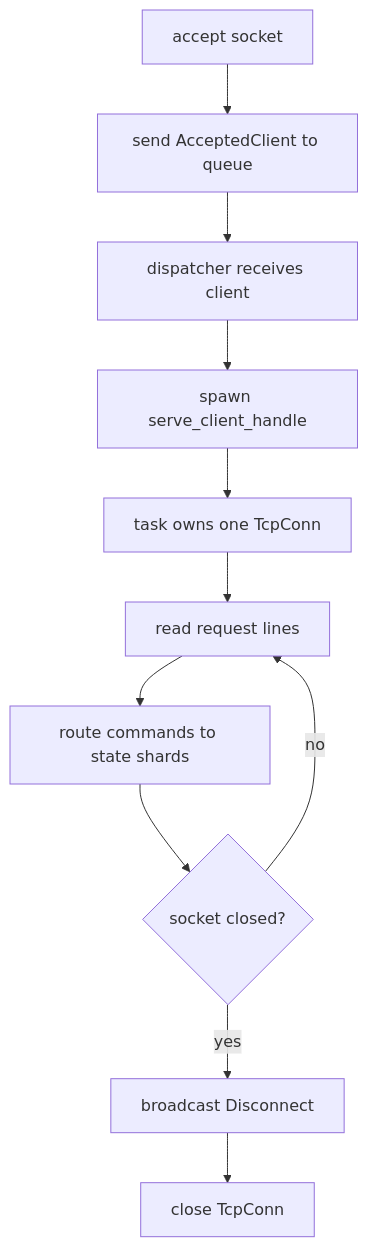
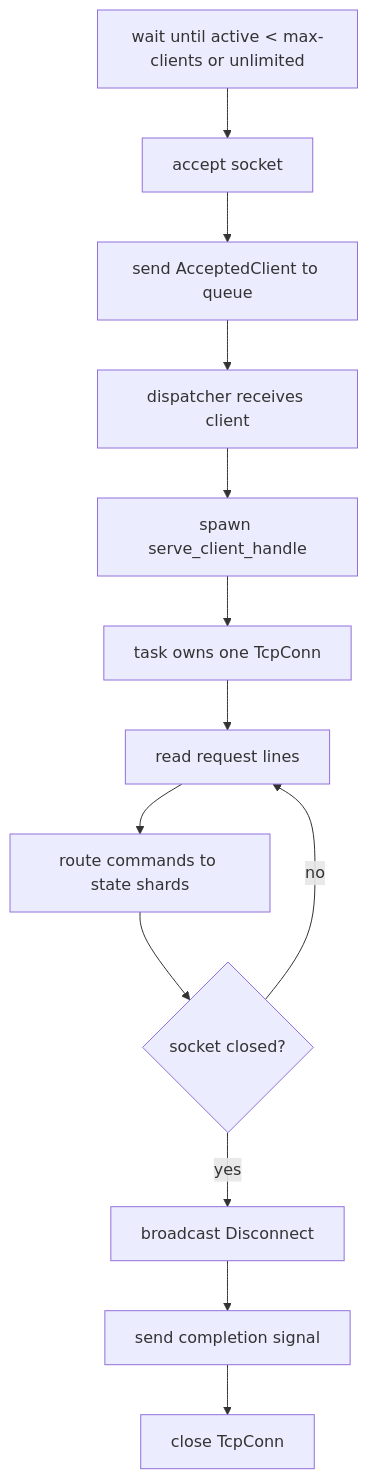
One commit to vovakirdan/surgekv changed the third of 6 diagrams in ARCHITECTURE.md. Above: the diagram before and after it, drawn with Mermaid. The commit also changed other lines of this file and 11 other files, not shown here.

````diff
--- a/ARCHITECTURE.md
+++ b/ARCHITECTURE.md
@@ -109,13 +113,15 @@
 ```mermaid
 flowchart TD
-    A["accept socket"] --> B["send AcceptedClient to queue"]
-    B --> C["dispatcher receives client"]
-    C --> D["spawn serve_client_handle"]
-    D --> E["task owns one TcpConn"]
-    E --> F["read request lines"]
-    F --> G["route commands to state shards"]
-    G --> H{"socket closed?"}
-    H -->|"no"| F
-    H -->|"yes"| I["broadcast Disconnect"]
-    I --> J["close TcpConn"]
+    A["wait until active < max-clients or unlimited"] --> B["accept socket"]
+    B --> C["send AcceptedClient to queue"]
+    C --> D["dispatcher receives client"]
+    D --> E["spawn serve_client_handle"]
+    E --> F["task owns one TcpConn"]
+    F --> G["read request lines"]
+    G --> H["route commands to state shards"]
+    H --> I{"socket closed?"}
+    I -->|"no"| G
+    I -->|"yes"| J["broadcast Disconnect"]
+    J --> K["send completion signal"]
+    K --> L["close TcpConn"]
 ```
````
